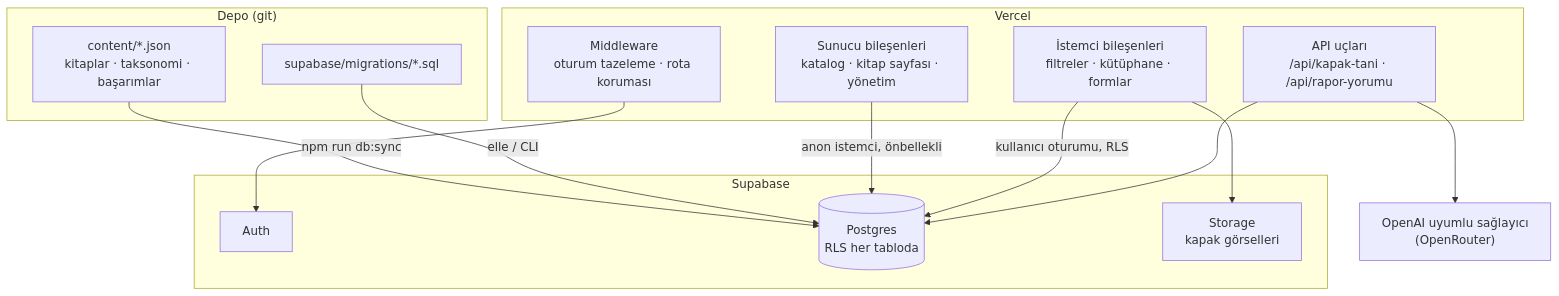
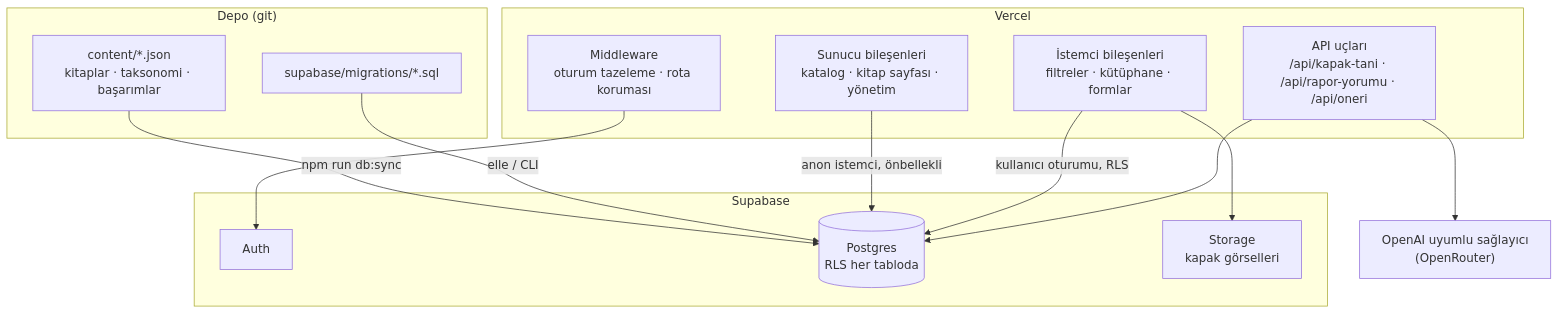
One commit to sibelhaciog-dev/seslikutuphanem changed the first of 5 diagrams in docs/architecture.md. Above: the diagram before and after it, drawn with Mermaid.

Commit message:
Mimari diyagramına /api/oneri ucunu ekle
Claude-Session: https://claude.ai/code/session_01RuqJEMpaERzoCq8xCSHEUZ

````diff
--- a/docs/architecture.md
+++ b/docs/architecture.md
@@ -10,31 +10,31 @@
 ```mermaid
 flowchart TB
     subgraph repo["Depo (git)"]
         content["content/*.json<br/>kitaplar · taksonomi · başarımlar"]
         migrations["supabase/migrations/*.sql"]
     end
 
     subgraph vercel["Vercel"]
         rsc["Sunucu bileşenleri<br/>katalog · kitap sayfası · yönetim"]
         client["İstemci bileşenleri<br/>filtreler · kütüphane · formlar"]
-        api["API uçları<br/>/api/kapak-tani · /api/rapor-yorumu"]
+        api["API uçları<br/>/api/kapak-tani · /api/rapor-yorumu · /api/oneri"]
         mw["Middleware<br/>oturum tazeleme · rota koruması"]
     end
 
     subgraph supabase["Supabase"]
         auth["Auth"]
         db[("Postgres<br/>RLS her tabloda")]
         storage["Storage<br/>kapak görselleri"]
     end
 
     ai["OpenAI uyumlu sağlayıcı<br/>(OpenRouter)"]
 
     content -->|npm run db:sync| db
     migrations -->|elle / CLI| db
     rsc -->|anon istemci, önbellekli| db
     client -->|kullanıcı oturumu, RLS| db
     client --> storage
     mw --> auth
     api --> ai
     api --> db
 ```
````
